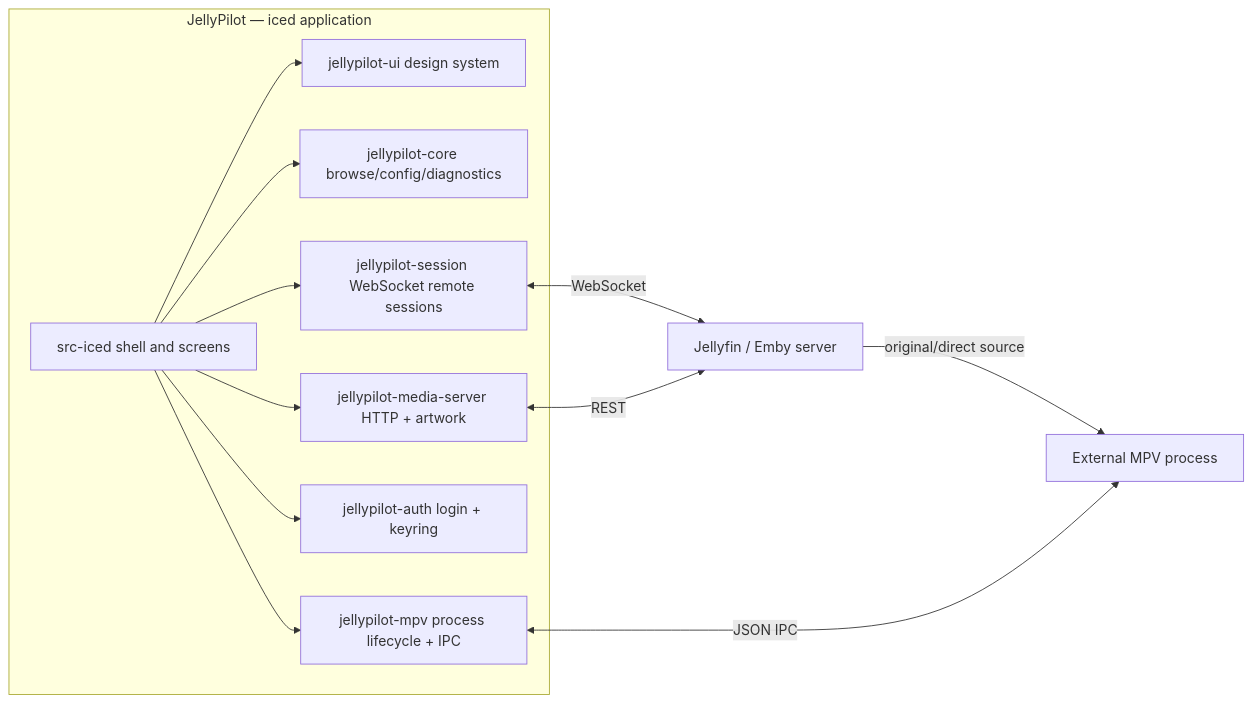
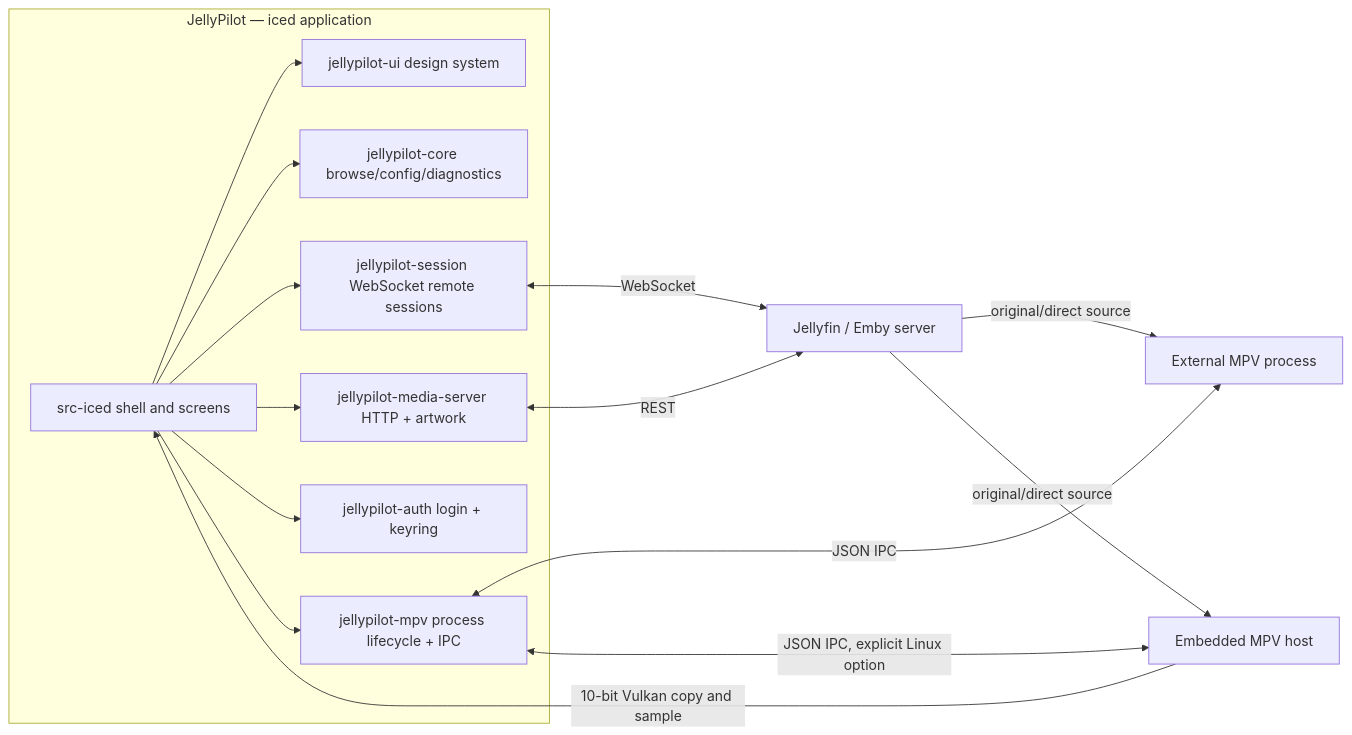
Before and after one commit to hewel/jellypilot: the diagram in README.md, drawn with Mermaid. The commit also changed other lines of this file and 54 other files, not shown here.

First line of the commit message:
feat(player): integrate embedded mpv with pinned native builds

````diff
--- a/README.md
+++ b/README.md
@@ -164,23 +231,26 @@
 ```mermaid
 flowchart LR
     subgraph JellyPilot[JellyPilot — iced application]
         App[src-iced shell and screens]
         UI[jellypilot-ui design system]
         Core[jellypilot-core browse/config/diagnostics]
         Session[jellypilot-session WebSocket remote sessions]
         MS[jellypilot-media-server HTTP + artwork]
         Auth[jellypilot-auth login + keyring]
         Mpv[jellypilot-mpv process lifecycle + IPC]
         App --> UI
         App --> Core
         App --> Session
         App --> MS
         App --> Auth
         App --> Mpv
     end
 
     Session <-->|WebSocket| Server[Jellyfin / Emby server]
     MS <-->|REST| Server
     Server -->|original/direct source| MPV[External MPV process]
     Mpv <-->|JSON IPC| MPV
+    Mpv <-->|JSON IPC, explicit Linux option| Host[Embedded MPV host]
+    Server -->|original/direct source| Host
+    Host -->|10-bit Vulkan copy and sample| App
 ```
````
